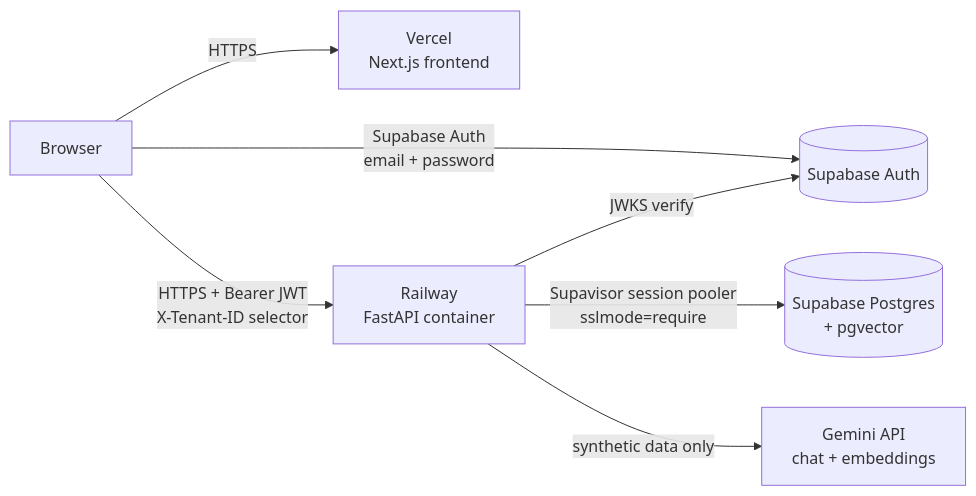
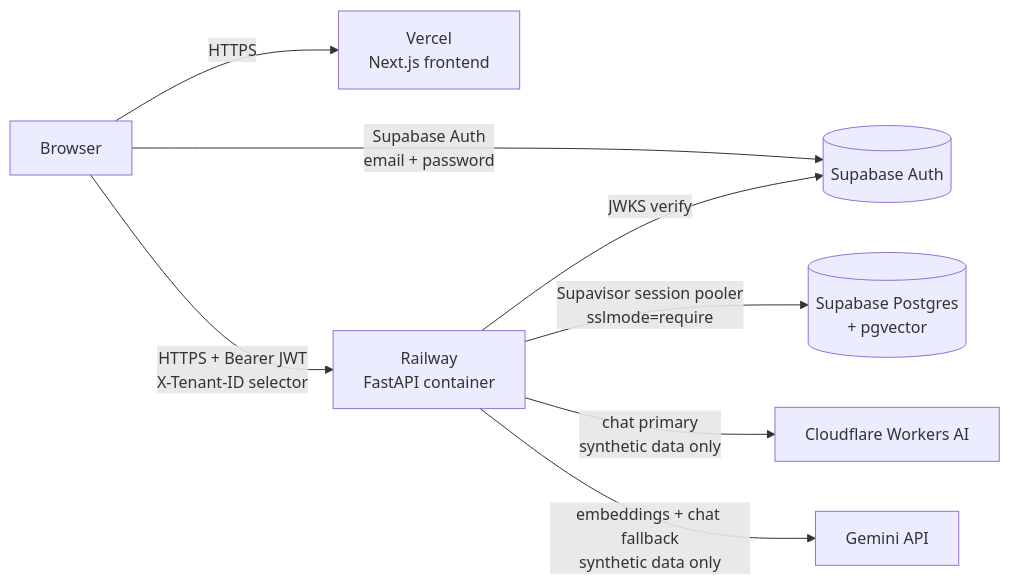
The diagram in docs/DEPLOYMENT.md (Shelunagori/ecommerce-ai-ops-agent), drawn with Mermaid before and after one commit. The commit also changed other lines of this file and 12 other files, not shown here.

````diff
--- a/docs/DEPLOYMENT.md
+++ b/docs/DEPLOYMENT.md
@@ -9,9 +14,10 @@
 ```mermaid
 flowchart LR
   B[Browser] -->|HTTPS| V[Vercel<br/>Next.js frontend]
   B -->|Supabase Auth<br/>email + password| SA[(Supabase Auth)]
   B -->|HTTPS + Bearer JWT<br/>X-Tenant-ID selector| R[Railway<br/>FastAPI container]
   R -->|JWKS verify| SA
   R -->|Supavisor session pooler<br/>sslmode=require| DB[(Supabase Postgres<br/>+ pgvector)]
-  R -->|synthetic data only| G[Gemini API<br/>chat + embeddings]
+  R -->|chat primary<br/>synthetic data only| CF[Cloudflare Workers AI]
+  R -->|embeddings + chat fallback<br/>synthetic data only| G[Gemini API]
 ```
````
